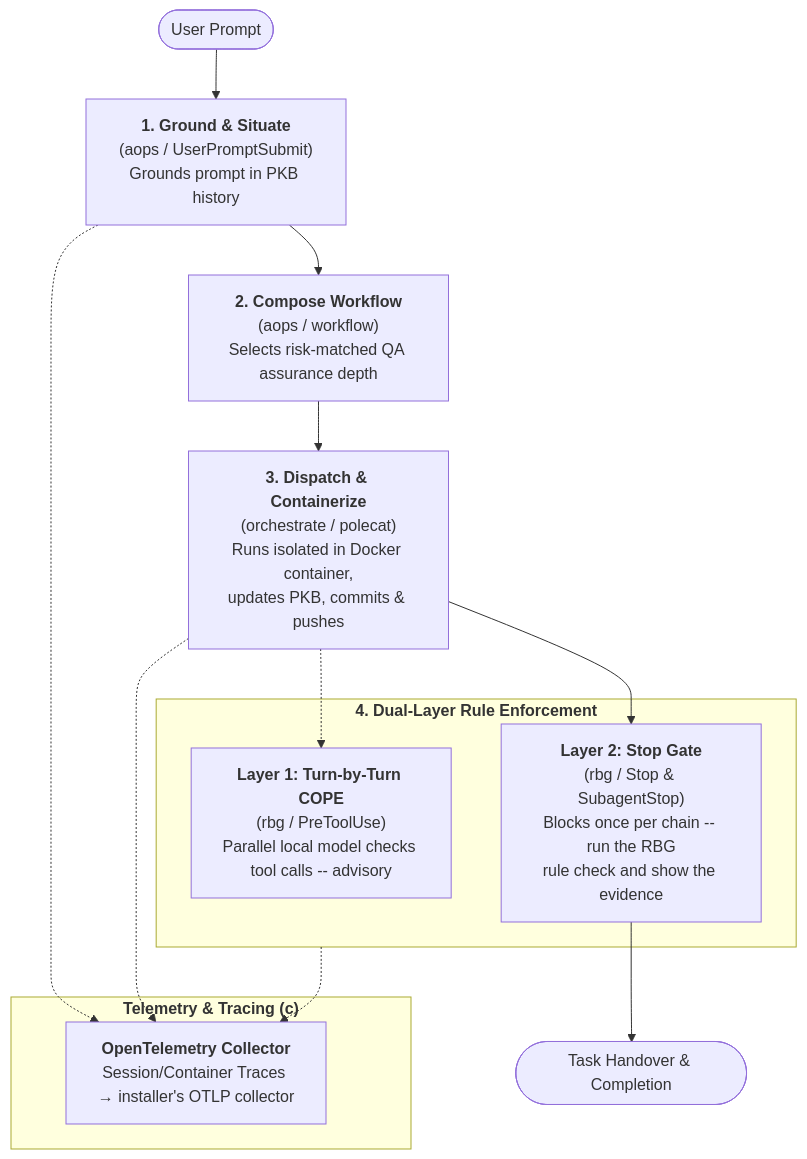
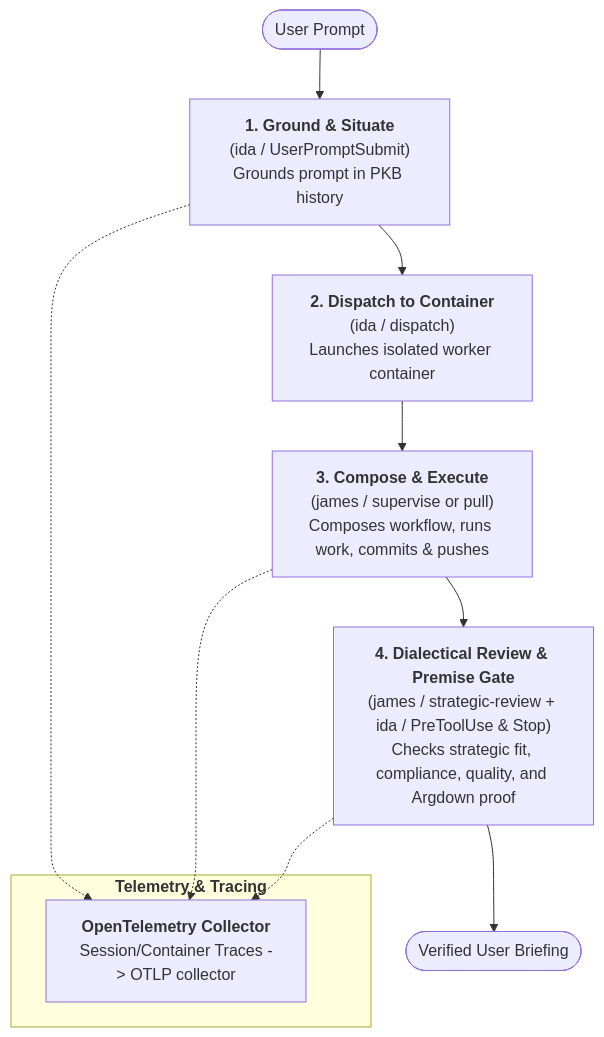
One commit to nicsuzor/academicOps changed the diagram in README.md. Above: the diagram before and after it, drawn with Mermaid. The commit also changed other lines of this file and 13 other files, not shown here.

Commit message:
fix(review): align CORE.md, /james:pull hydration, CI workflows, READMEs, and specs

````diff
--- a/README.md
+++ b/README.md
@@ -20,23 +20,16 @@
 ```mermaid
 flowchart TD
-    U([User Prompt]) --> P1["<b>1. Ground & Situate</b><br/>(aops / UserPromptSubmit)<br/>Grounds prompt in PKB history"]
-    P1 --> P2["<b>2. Compose Workflow</b><br/>(aops / workflow)<br/>Selects risk-matched QA assurance depth"]
-    P2 --> P3["<b>3. Dispatch & Containerize</b><br/>(orchestrate / polecat)<br/>Runs isolated in Docker container,<br/>updates PKB, commits & pushes"]
-    
-    subgraph Enforcement["<b>4. Dual-Layer Rule Enforcement</b>"]
-        E1["<b>Layer 1: Turn-by-Turn COPE</b><br/>(rbg / PreToolUse)<br/>Parallel local model checks tool calls -- advisory"]
-        E2["<b>Layer 2: Stop Gate</b><br/>(rbg / Stop & SubagentStop)<br/>Blocks once per chain -- run the RBG<br/>rule check and show the evidence"]
-    end
+    U([User Prompt]) --> P1["<b>1. Ground & Situate</b><br/>(ida / UserPromptSubmit)<br/>Grounds prompt in PKB history"]
+    P1 --> P2["<b>2. Dispatch to Container</b><br/>(ida / dispatch)<br/>Launches isolated worker container"]
+    P2 --> P3["<b>3. Compose & Execute</b><br/>(james / supervise or pull)<br/>Composes workflow, runs work, commits & pushes"]
+    P3 --> P4["<b>4. Dialectical Review & Premise Gate</b><br/>(james / strategic-review + ida / PreToolUse & Stop)<br/>Checks strategic fit, compliance, quality, and Argdown proof"]
+    P4 --> F([Verified User Briefing])
 
-    P3 -.-> E1
-    P3 --> E2
-    E2 --> F([Task Handover & Completion])
-
-    subgraph Tracing["<b>Telemetry & Tracing (c)</b>"]
-        OTEL["<b>OpenTelemetry Collector</b><br/>Session/Container Traces → installer's OTLP collector"]
+    subgraph Tracing["<b>Telemetry & Tracing</b>"]
+        OTEL["<b>OpenTelemetry Collector</b><br/>Session/Container Traces -> OTLP collector"]
     end
 
     P1 -.-> OTEL
     P3 -.-> OTEL
-    Enforcement -.-> OTEL
+    P4 -.-> OTEL
 ```
````
